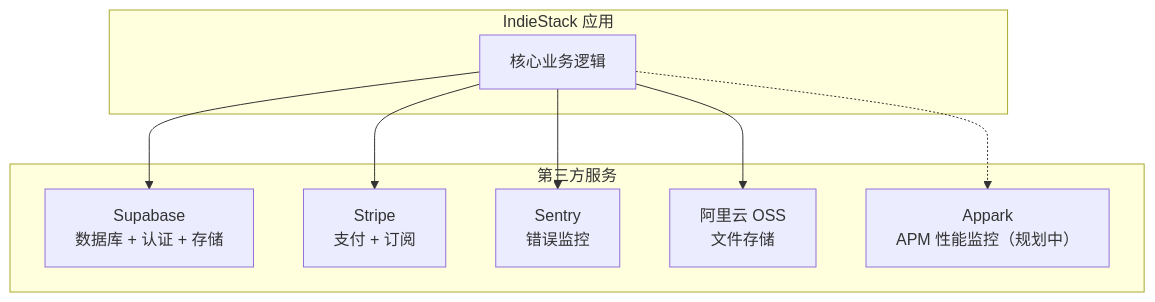
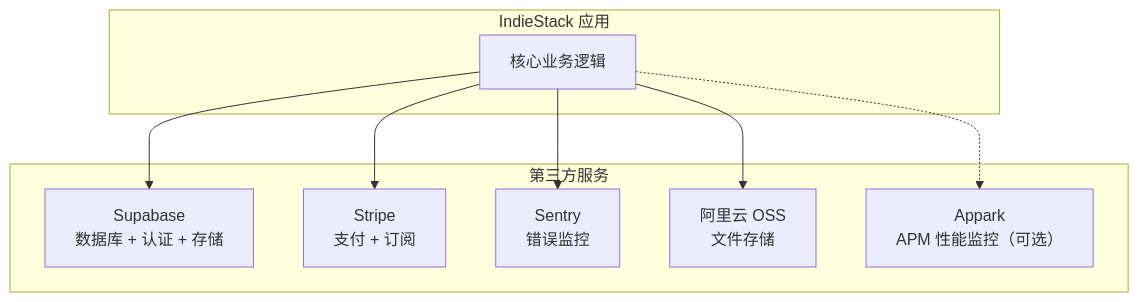
The first of 5 diagrams in docs/architecture/11-integrations.md (Sun1090/IndieStack), drawn with Mermaid before and after one commit. The commit also changed other lines of this file and 26 other files, not shown here.

````diff
--- a/docs/architecture/11-integrations.md
+++ b/docs/architecture/11-integrations.md
@@ -5,20 +5,20 @@
 ```mermaid
 graph TD
     subgraph App["IndieStack 应用"]
         Core["核心业务逻辑"]
     end
 
     subgraph Integrations["第三方服务"]
         Supabase["Supabase<br/>数据库 + 认证 + 存储"]
         Stripe["Stripe<br/>支付 + 订阅"]
         Sentry["Sentry<br/>错误监控"]
         OSS["阿里云 OSS<br/>文件存储"]
-        Appark["Appark<br/>APM 性能监控（规划中）"]
+        Appark["Appark<br/>APM 性能监控（可选）"]
     end
 
     Core --> Supabase
     Core --> Stripe
     Core --> Sentry
     Core --> OSS
     Core -.-> Appark
 ```
````
